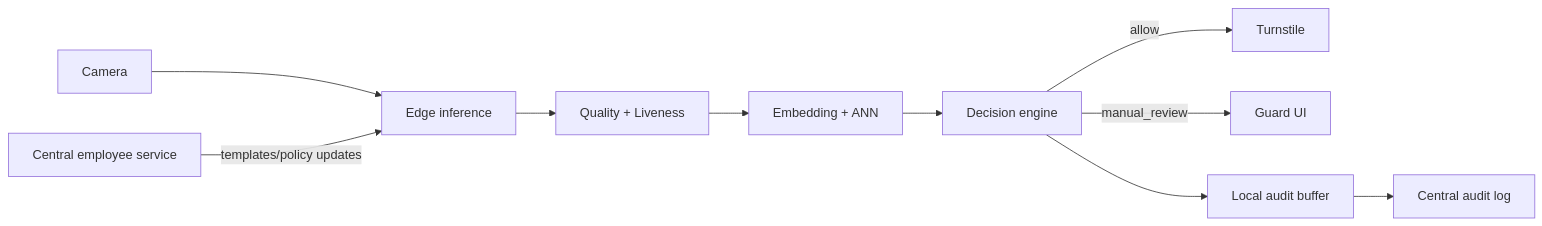
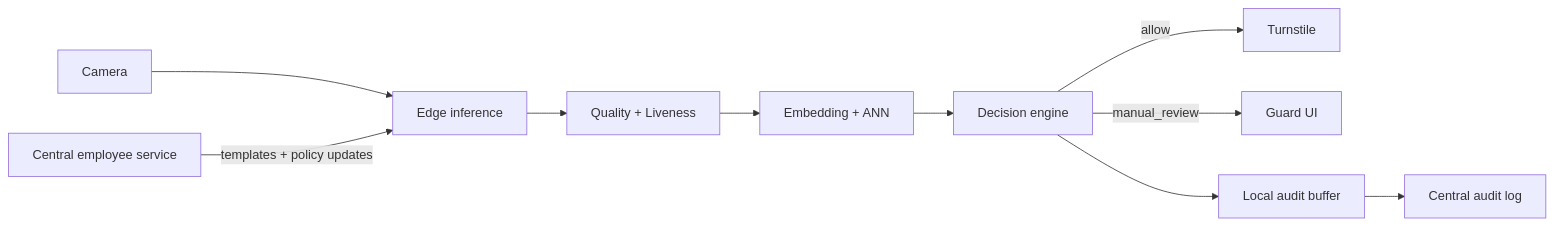
One commit to mikasolini/face-access-system changed the diagram in docs/architecture.md. Above: the diagram before and after it, drawn with Mermaid. The commit also changed other lines of this file and 11 other files, not shown here.

````diff
--- a/docs/architecture.md
+++ b/docs/architecture.md
@@ -5,12 +5,12 @@
 ```mermaid
 flowchart LR
     C[Camera] --> E[Edge inference]
     E --> Q[Quality + Liveness]
     Q --> M[Embedding + ANN]
     M --> D[Decision engine]
     D -->|allow| T[Turnstile]
     D -->|manual_review| G[Guard UI]
     D --> A[Local audit buffer]
     A --> CA[Central audit log]
-    CS[Central employee service] -->|templates/policy updates| E
+    CS[Central employee service] -->|templates + policy updates| E
 ```
````
